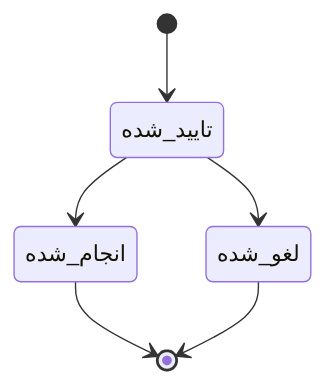
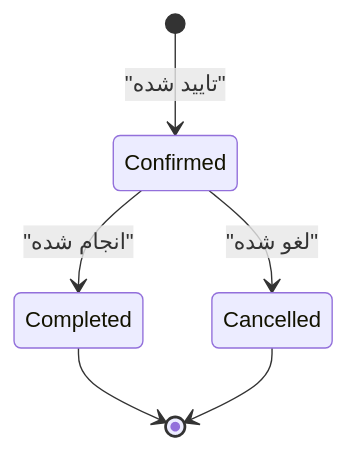
One commit to amirhossein-moloki/Sevra changed the third of 12 diagrams in docs/UI-FLOW-MVP-FA.md. Above: the diagram before and after it, drawn with Mermaid. The commit also changed other lines of this file, not shown here.

First line of the commit message:
Standardize Mermaid syntax and update UI Flow

````diff
--- a/docs/UI-FLOW-MVP-FA.md
+++ b/docs/UI-FLOW-MVP-FA.md
@@ -139,8 +72,8 @@
 ```mermaid
 stateDiagram-v2
-    [*] --> تایید_شده
-    تایید_شده --> انجام_شده
-    تایید_شده --> لغو_شده
-    انجام_شده --> [*]
-    لغو_شده --> [*]
+    [*] --> Confirmed: "تایید شده"
+    Confirmed --> Completed: "انجام شده"
+    Confirmed --> Cancelled: "لغو شده"
+    Completed --> [*]
+    Cancelled --> [*]
 ```
````
